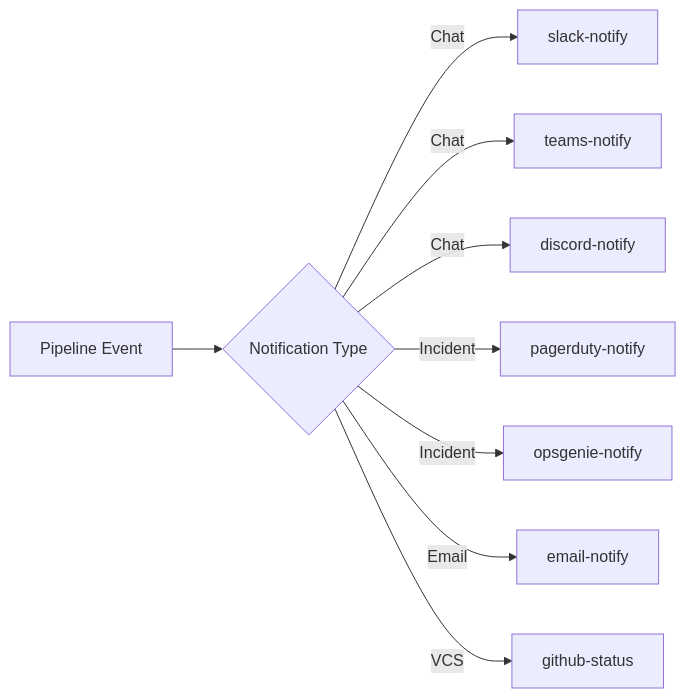
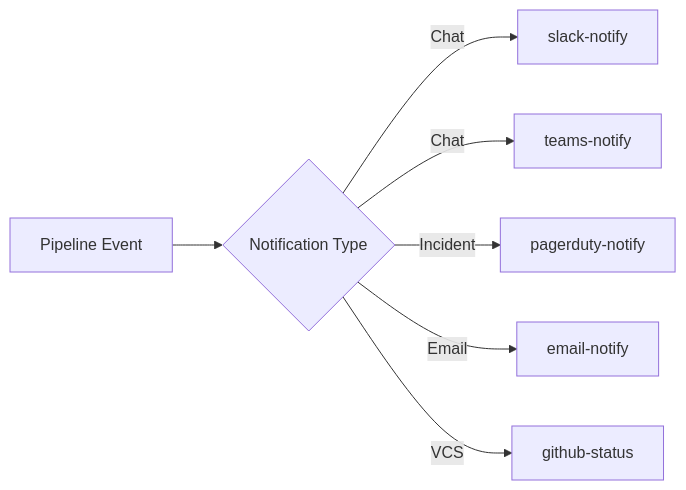
Before and after one commit to mwashburn160/pipeline-builder: the diagram in docs/plugins/notification.md, drawn with Mermaid. The commit also changed other lines of this file and 17 other files, not shown here.

````diff
--- a/docs/plugins/notification.md
+++ b/docs/plugins/notification.md
@@ -5,11 +5,9 @@
 ```mermaid
 flowchart LR
     Pipeline[Pipeline Event] --> Type{Notification Type}
     Type -->|Chat| slack-notify
     Type -->|Chat| teams-notify
-    Type -->|Chat| discord-notify
     Type -->|Incident| pagerduty-notify
-    Type -->|Incident| opsgenie-notify
     Type -->|Email| email-notify
     Type -->|VCS| github-status
 ```
````
